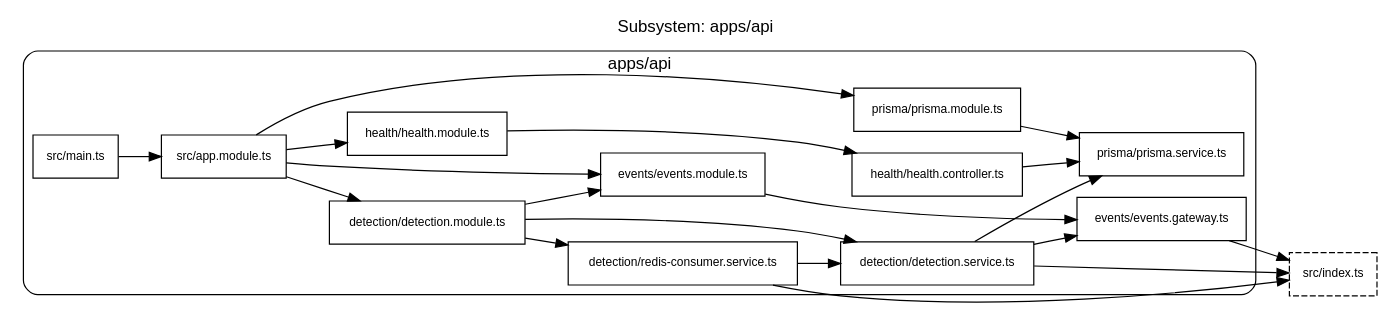
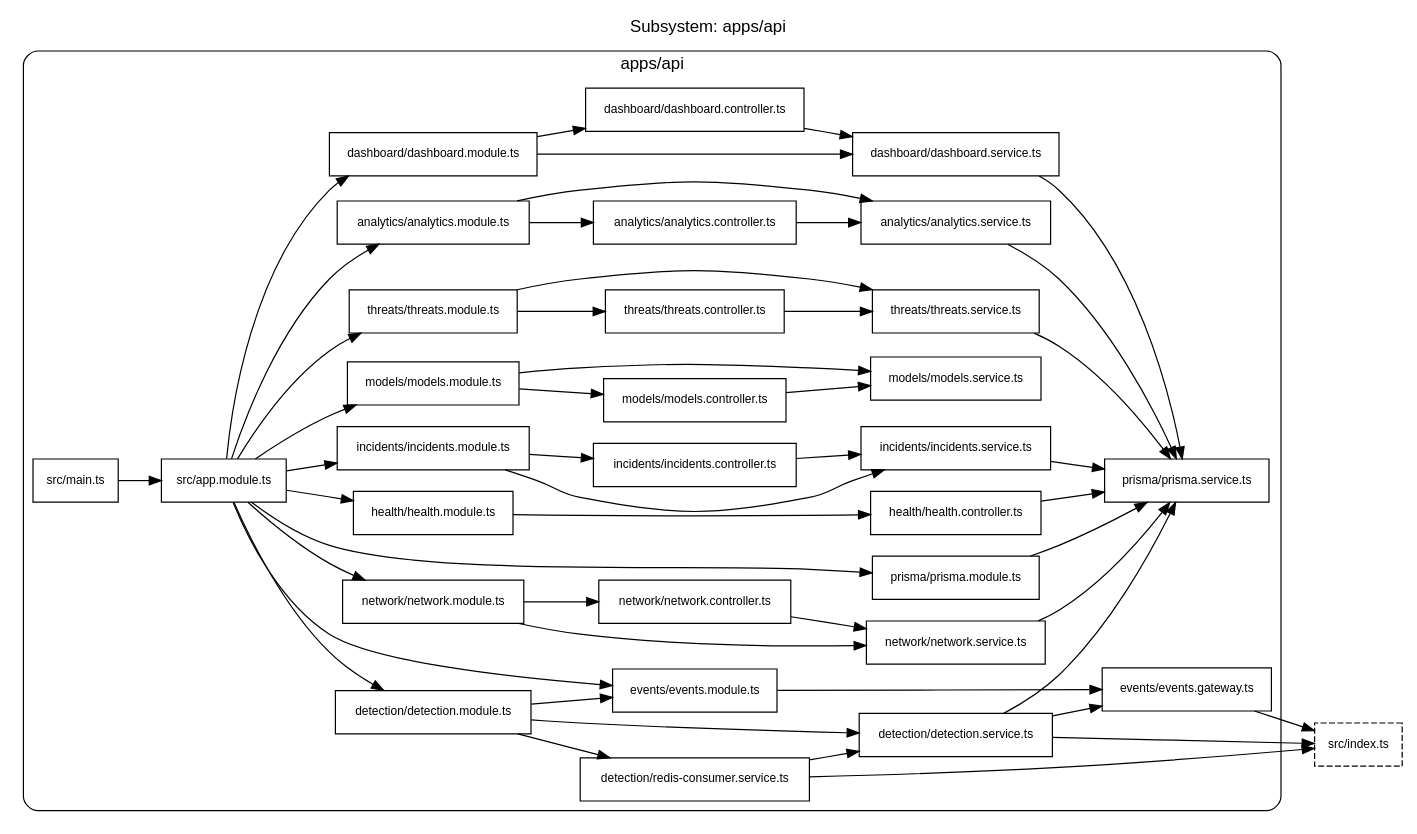
The diagram in .ai/graph/views/subsystem-apps-api-73776e.dot (ErdemYy/NetSentry), drawn with Graphviz before and after one commit. The commit also changed 59 other files, not shown here.

```diff
--- a/.ai/graph/views/subsystem-apps-api-73776e.dot
+++ b/.ai/graph/views/subsystem-apps-api-73776e.dot
@@ -1,38 +1,85 @@
 digraph "project_intel" {
   graph [rankdir=LR, fontname="Helvetica", labelloc=t, label="Subsystem: apps/api"];
   node [shape=box, fontname="Helvetica", fontsize=10];
   edge [fontname="Helvetica", fontsize=9];
   subgraph cluster_73776ec8 {
     label="apps/api"; style=rounded;
     nbc402317 [label="prisma/prisma.service.ts"];
     nf8659a2d [label="detection/detection.service.ts"];
+    nc1f9e778 [label="analytics/analytics.service.ts"];
     nec28db8b [label="src/app.module.ts"];
+    nbefaacfa [label="dashboard/dashboard.service.ts"];
     n0808c694 [label="events/events.gateway.ts"];
     n854d837f [label="events/events.module.ts"];
+    n9f58736f [label="incidents/incidents.service.ts"];
+    na7a21d03 [label="models/models.service.ts"];
+    n78a15e2a [label="network/network.service.ts"];
+    naaa520a3 [label="threats/threats.service.ts"];
+    n08739fc6 [label="analytics/analytics.controller.ts"];
+    n80d293cc [label="analytics/analytics.module.ts"];
+    nf8c41d8c [label="dashboard/dashboard.controller.ts"];
+    n8d58721a [label="dashboard/dashboard.module.ts"];
     n2b19c9c0 [label="detection/detection.module.ts"];
     n08398223 [label="detection/redis-consumer.service.ts"];
     nd046f3c6 [label="health/health.controller.ts"];
     naba0fc26 [label="health/health.module.ts"];
+    n2cdd41a0 [label="incidents/incidents.controller.ts"];
+    n31423134 [label="incidents/incidents.module.ts"];
+    nb8d636f0 [label="models/models.controller.ts"];
+    na99d6583 [label="models/models.module.ts"];
+    n6a55f24c [label="network/network.controller.ts"];
+    n1b5fe3e4 [label="network/network.module.ts"];
     n114ee72c [label="prisma/prisma.module.ts"];
+    n6c737ab1 [label="threats/threats.controller.ts"];
+    n9de70d53 [label="threats/threats.module.ts"];
     n338ea8c7 [label="src/main.ts"];
   }
   nc4a79788 [label="src/index.ts", style="dashed"];
+  n08739fc6 -> nc1f9e778;
+  n80d293cc -> n08739fc6;
+  n80d293cc -> nc1f9e778;
+  nc1f9e778 -> nbc402317;
+  nec28db8b -> n80d293cc;
+  nec28db8b -> n8d58721a;
   nec28db8b -> n2b19c9c0;
   nec28db8b -> n854d837f;
   nec28db8b -> naba0fc26;
+  nec28db8b -> n31423134;
+  nec28db8b -> na99d6583;
+  nec28db8b -> n1b5fe3e4;
   nec28db8b -> n114ee72c;
+  nec28db8b -> n9de70d53;
+  nf8c41d8c -> nbefaacfa;
+  n8d58721a -> nf8c41d8c;
+  n8d58721a -> nbefaacfa;
+  nbefaacfa -> nbc402317;
   n2b19c9c0 -> nf8659a2d;
   n2b19c9c0 -> n08398223;
   n2b19c9c0 -> n854d837f;
   nf8659a2d -> n0808c694;
   nf8659a2d -> nbc402317;
   nf8659a2d -> nc4a79788;
   n08398223 -> nf8659a2d;
   n08398223 -> nc4a79788;
   n0808c694 -> nc4a79788;
   n854d837f -> n0808c694;
   nd046f3c6 -> nbc402317;
   naba0fc26 -> nd046f3c6;
+  n2cdd41a0 -> n9f58736f;
+  n31423134 -> n2cdd41a0;
+  n31423134 -> n9f58736f;
+  n9f58736f -> nbc402317;
   n338ea8c7 -> nec28db8b;
+  nb8d636f0 -> na7a21d03;
+  na99d6583 -> nb8d636f0;
+  na99d6583 -> na7a21d03;
+  n6a55f24c -> n78a15e2a;
+  n1b5fe3e4 -> n6a55f24c;
+  n1b5fe3e4 -> n78a15e2a;
+  n78a15e2a -> nbc402317;
   n114ee72c -> nbc402317;
+  n6c737ab1 -> naaa520a3;
+  n9de70d53 -> n6c737ab1;
+  n9de70d53 -> naaa520a3;
+  naaa520a3 -> nbc402317;
 }
```
